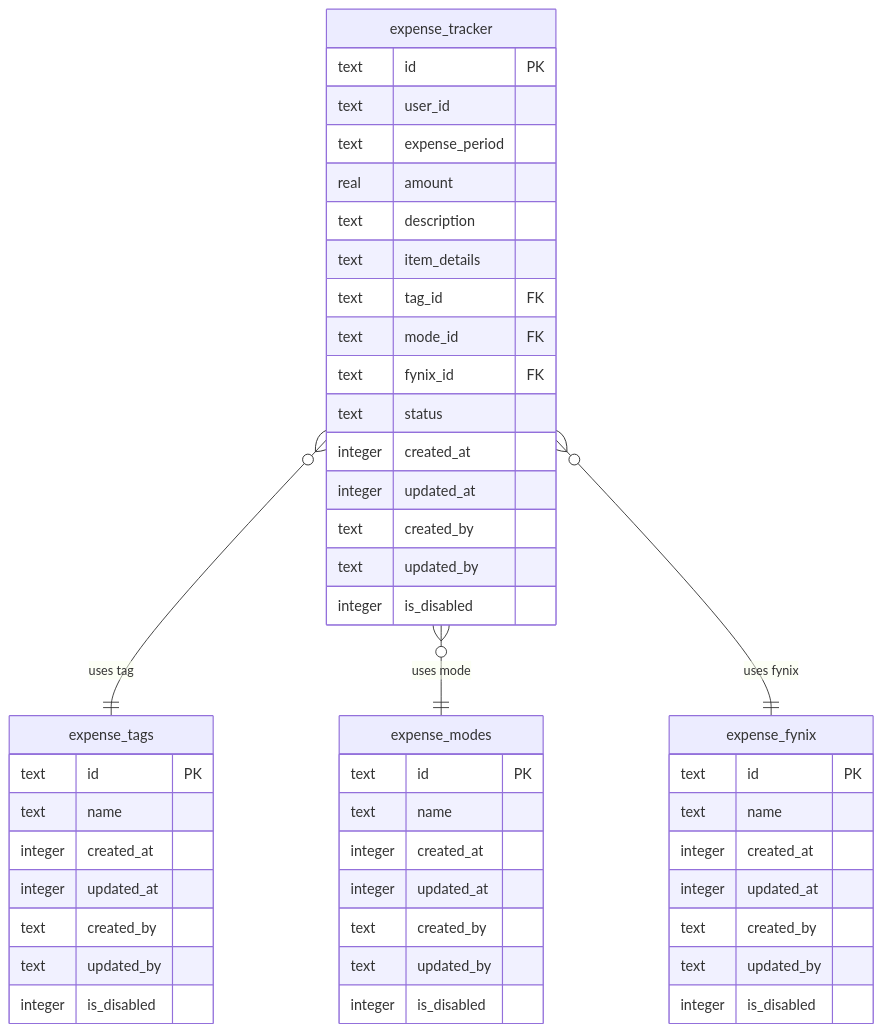
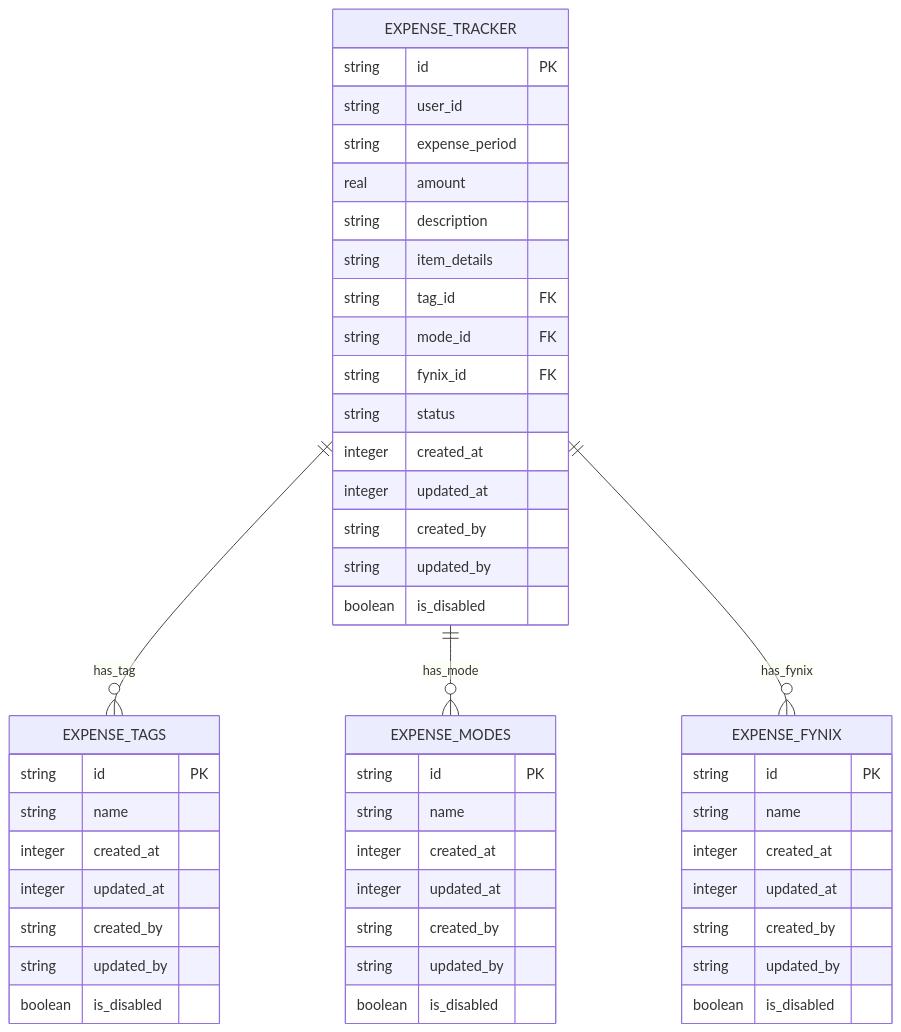
The diagram in docs/mermaid/expense-db-schema.mermaid (vinodhj/expense-microservices), drawn with Mermaid before and after one commit. The commit also changed 6 other files, not shown here.

```diff
--- a/docs/mermaid/expense-db-schema.mermaid
+++ b/docs/mermaid/expense-db-schema.mermaid
@@ -1,52 +1,52 @@
 erDiagram
-    expense_tags {
-        text id PK
-        text name
+    EXPENSE_TAGS {
+        string id PK
+        string name
         integer created_at
         integer updated_at
-        text created_by
-        text updated_by
-        integer is_disabled
+        string created_by
+        string updated_by
+        boolean is_disabled
     }
 
-    expense_modes {
-        text id PK
-        text name
+    EXPENSE_MODES {
+        string id PK
+        string name
         integer created_at
         integer updated_at
-        text created_by
-        text updated_by
-        integer is_disabled
+        string created_by
+        string updated_by
+        boolean is_disabled
     }
 
-    expense_fynix {
-        text id PK
-        text name
+    EXPENSE_FYNIX {
+        string id PK
+        string name
         integer created_at
         integer updated_at
-        text created_by
-        text updated_by
-        integer is_disabled
+        string created_by
+        string updated_by
+        boolean is_disabled
     }
 
-    expense_tracker {
-        text id PK
-        text user_id
-        text expense_period
+    EXPENSE_TRACKER {
+        string id PK
+        string user_id
+        string expense_period
         real amount
-        text description
-        text item_details
-        text tag_id FK
-        text mode_id FK
-        text fynix_id FK
-        text status
+        string description
+        string item_details
+        string tag_id FK
+        string mode_id FK
+        string fynix_id FK
+        string status
         integer created_at
         integer updated_at
-        text created_by
-        text updated_by
-        integer is_disabled
+        string created_by
+        string updated_by
+        boolean is_disabled
     }
 
-    expense_tracker }o--|| expense_tags : "uses tag"
-    expense_tracker }o--|| expense_modes : "uses mode"
-    expense_tracker }o--|| expense_fynix : "uses fynix"
+    EXPENSE_TRACKER ||--o{ EXPENSE_TAGS : has_tag
+    EXPENSE_TRACKER ||--o{ EXPENSE_MODES : has_mode
+    EXPENSE_TRACKER ||--o{ EXPENSE_FYNIX : has_fynix
```
